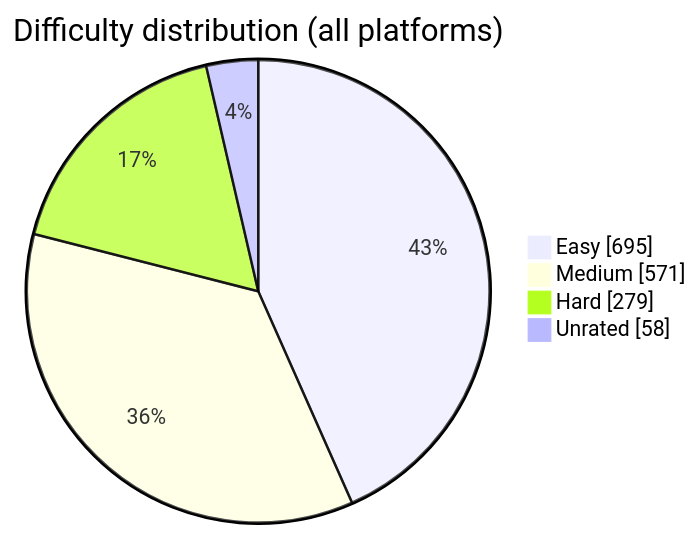
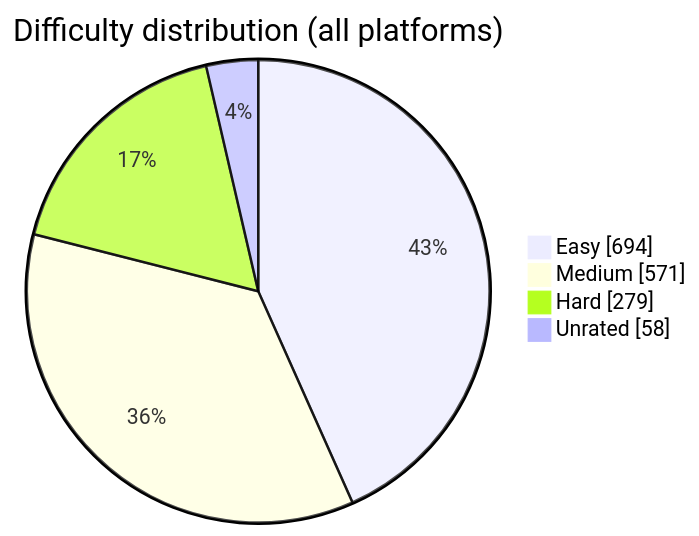
One commit to BuildbyArindam/Daily-Coding-Log changed the diagram in README.md. Above: the diagram before and after it, drawn with Mermaid. The commit also changed other lines of this file, not shown here.

````diff
--- a/README.md
+++ b/README.md
@@ -93,7 +93,7 @@
 ```mermaid
 pie showData title Difficulty distribution (all platforms)
-    "Easy" : 695
+    "Easy" : 694
     "Medium" : 571
     "Hard" : 279
     "Unrated" : 58
 ```
````
